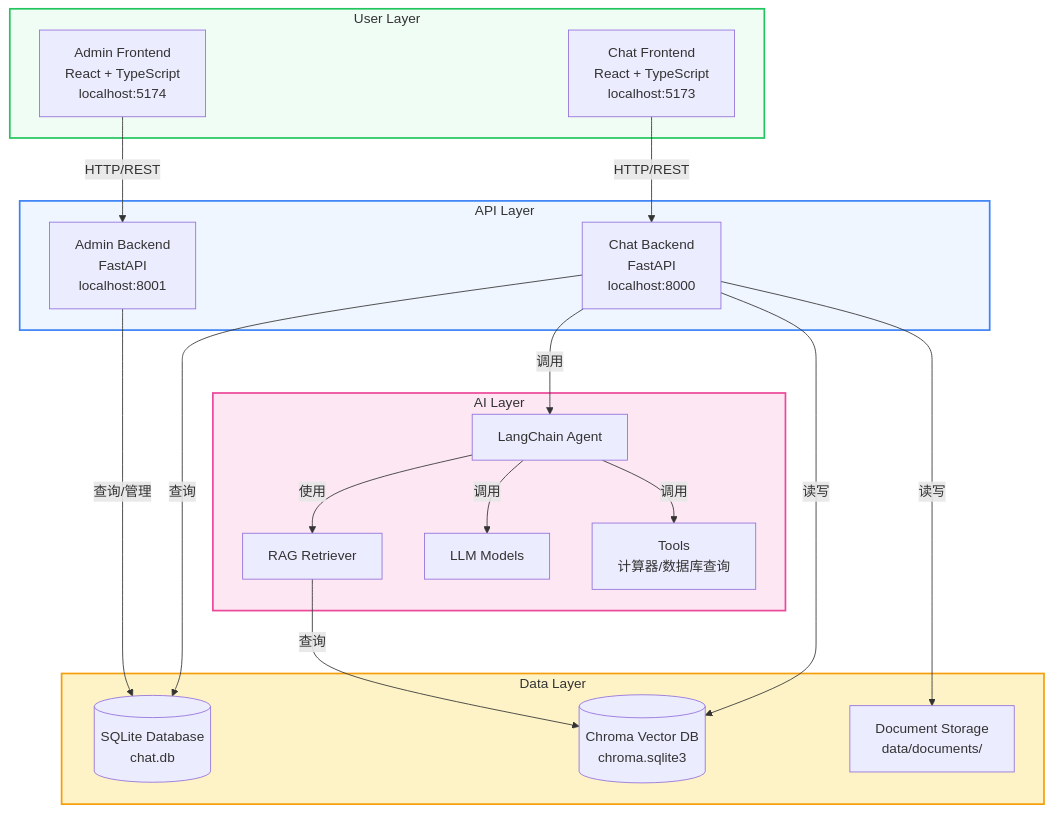
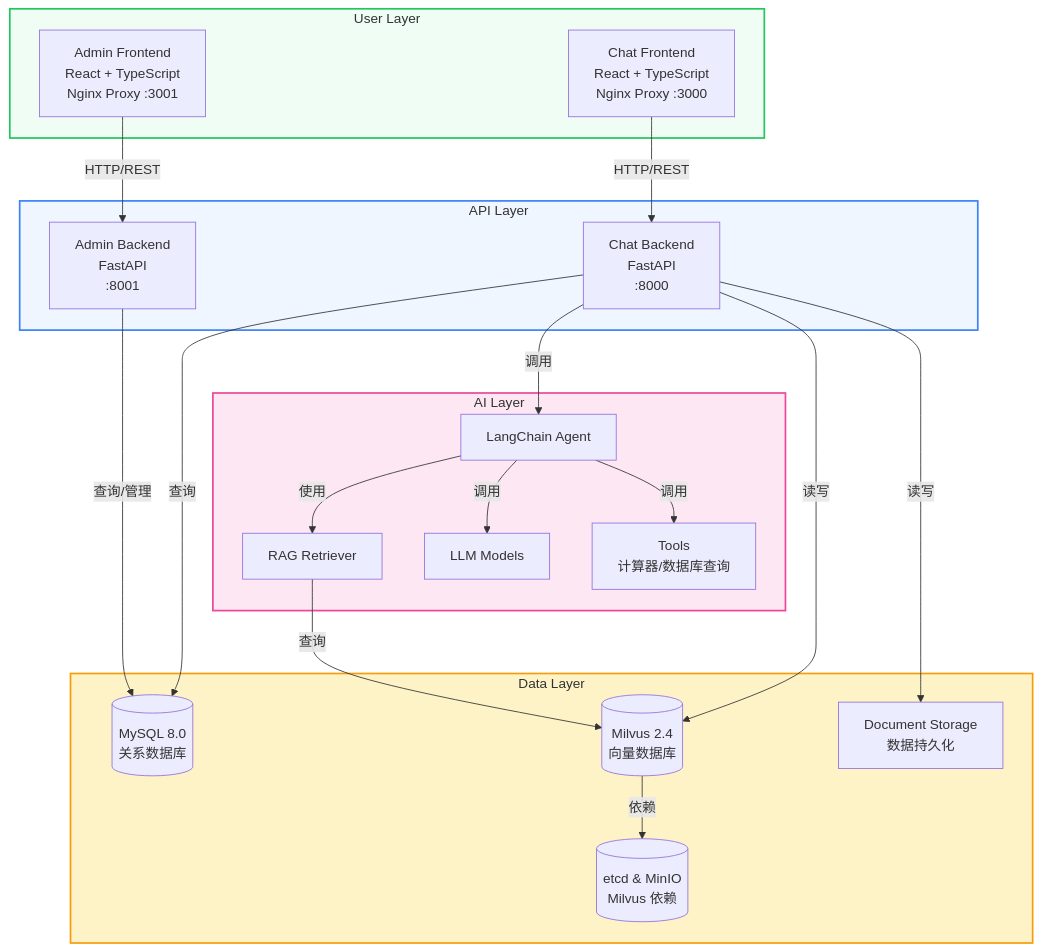
Before and after one commit to xmgfy/MGAgent: the diagram in README.md, drawn with Mermaid. The commit also changed other lines of this file and 32 other files, not shown here.

````diff
--- a/README.md
+++ b/README.md
@@ -57,42 +57,44 @@
 ```mermaid
 flowchart TB
     subgraph 用户层 [User Layer]
-        A[Chat Frontend<br/>React + TypeScript<br/>localhost:5173]
-        B[Admin Frontend<br/>React + TypeScript<br/>localhost:5174]
+        A[Chat Frontend<br/>React + TypeScript<br/>Nginx Proxy :3000]
+        B[Admin Frontend<br/>React + TypeScript<br/>Nginx Proxy :3001]
     end
 
     subgraph API层 [API Layer]
-        C[Chat Backend<br/>FastAPI<br/>localhost:8000]
-        D[Admin Backend<br/>FastAPI<br/>localhost:8001]
+        C[Chat Backend<br/>FastAPI<br/>:8000]
+        D[Admin Backend<br/>FastAPI<br/>:8001]
     end
 
     subgraph 数据层 [Data Layer]
-        E[(SQLite Database<br/>chat.db)]
-        F[(Chroma Vector DB<br/>chroma.sqlite3)]
-        G[Document Storage<br/>data/documents/]
+        E[(MySQL 8.0<br/>关系数据库)]
+        F[(Milvus 2.4<br/>向量数据库)]
+        G[(etcd & MinIO<br/>Milvus 依赖)]
+        H[Document Storage<br/>数据持久化]
     end
 
     subgraph AI能力层 [AI Layer]
-        H[LangChain Agent]
-        I[RAG Retriever]
-        J[LLM Models]
-        K[Tools<br/>计算器/数据库查询]
+        I[LangChain Agent]
+        J[RAG Retriever]
+        K[LLM Models]
+        L[Tools<br/>计算器/数据库查询]
     end
 
     A -- HTTP/REST --> C
     B -- HTTP/REST --> D
     C -- 查询 --> E
     C -- 读写 --> F
-    C -- 读写 --> G
+    C -- 读写 --> H
     D -- 查询/管理 --> E
-    C -- 调用 --> H
-    H -- 使用 --> I
-    H -- 调用 --> J
-    H -- 调用 --> K
-    I -- 查询 --> F
+    C -- 调用 --> I
+    I -- 使用 --> J
+    I -- 调用 --> K
+    I -- 调用 --> L
+    J -- 查询 --> F
+    F -- 依赖 --> G
 
     style 用户层 fill:#f0fdf4,stroke:#22c55e,stroke-width:2px
     style API层 fill:#eff6ff,stroke:#3b82f6,stroke-width:2px
     style 数据层 fill:#fef3c7,stroke:#f59e0b,stroke-width:2px
     style AI能力层 fill:#fce7f3,stroke:#ec4899,stroke-width:2px
 ```
````
